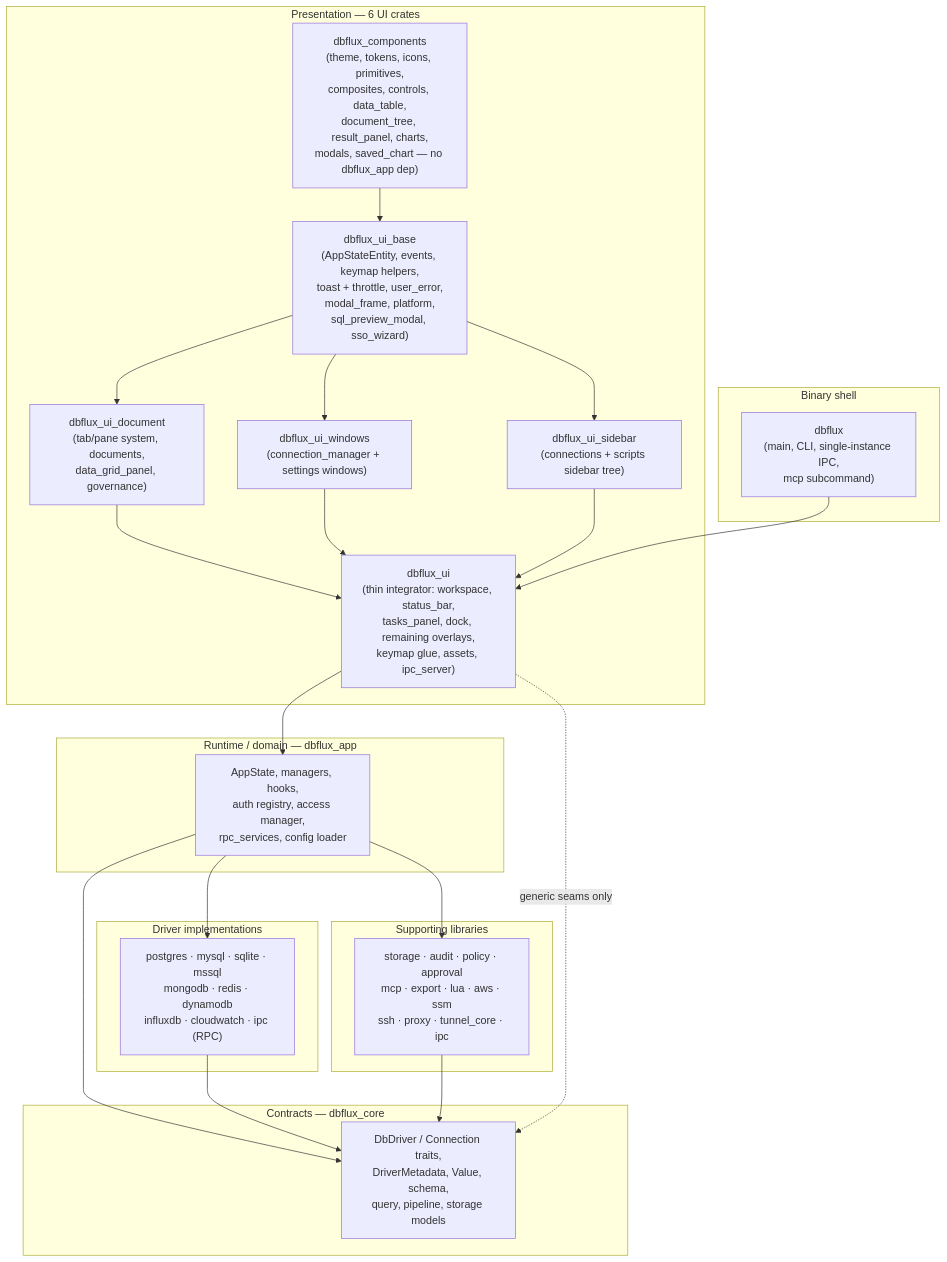
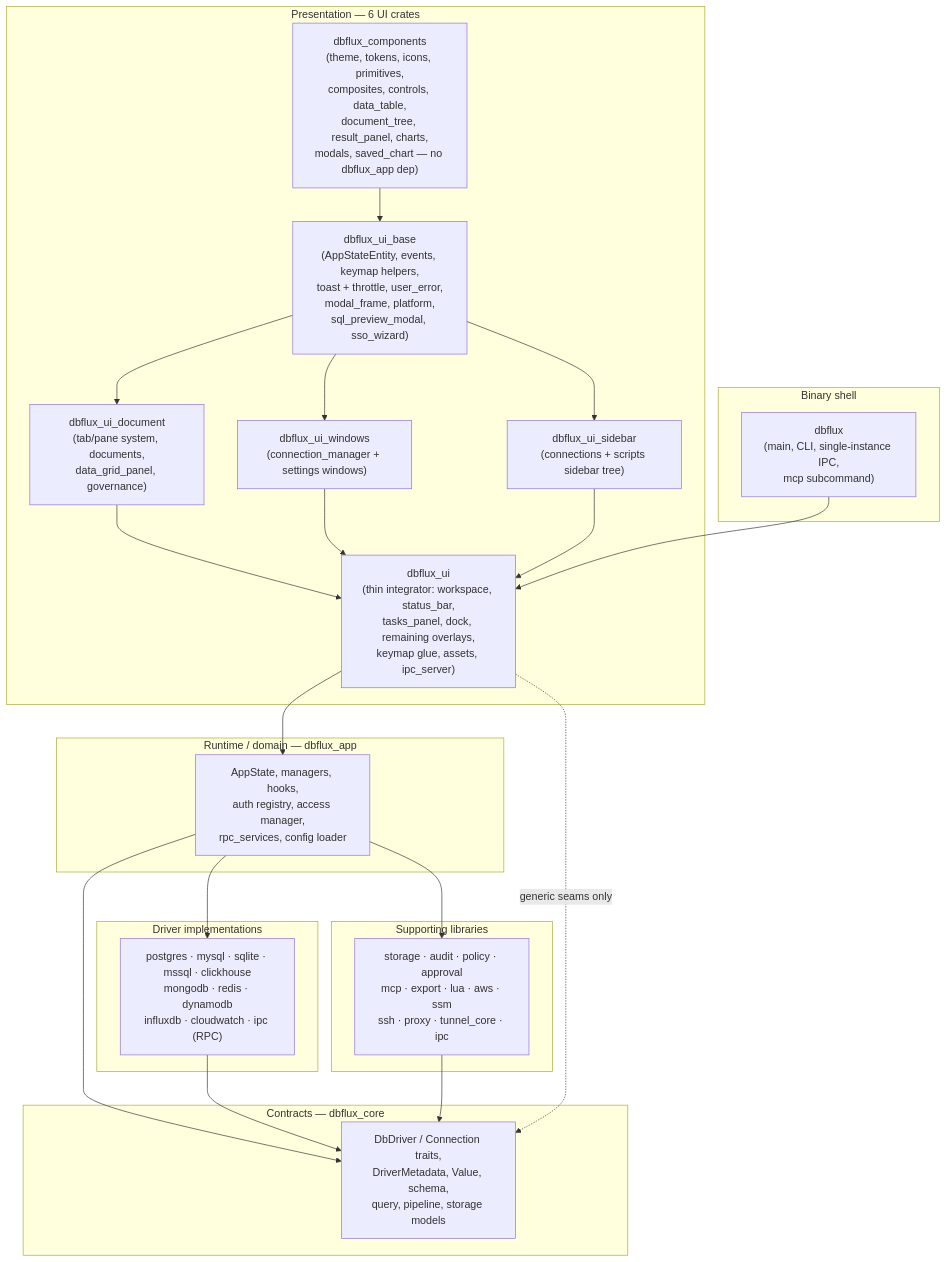
The first of 3 diagrams in ARCHITECTURE.md (0xErwin1/dbflux), drawn with Mermaid before and after one commit. The commit also changed other lines of this file and 40 other files, not shown here.

````diff
--- a/ARCHITECTURE.md
+++ b/ARCHITECTURE.md
@@ -20,39 +20,39 @@
 ```mermaid
 flowchart TB
     subgraph Shell["Binary shell"]
         bin["dbflux<br/>(main, CLI, single-instance IPC,<br/>mcp subcommand)"]
     end
 
     subgraph UI["Presentation — 6 UI crates"]
         uicomp["dbflux_components<br/>(theme, tokens, icons, primitives,<br/>composites, controls, data_table,<br/>document_tree, result_panel, charts,<br/>modals, saved_chart — no dbflux_app dep)"]
         uibase["dbflux_ui_base<br/>(AppStateEntity, events, keymap helpers,<br/>toast + throttle, user_error,<br/>modal_frame, platform,<br/>sql_preview_modal, sso_wizard)"]
         uidoc["dbflux_ui_document<br/>(tab/pane system, documents,<br/>data_grid_panel, governance)"]
         uisidebar["dbflux_ui_sidebar<br/>(connections + scripts sidebar tree)"]
         uiwindows["dbflux_ui_windows<br/>(connection_manager + settings windows)"]
         uithin["dbflux_ui<br/>(thin integrator: workspace, status_bar,<br/>tasks_panel, dock, remaining overlays,<br/>keymap glue, assets, ipc_server)"]
         uicomp --> uibase --> uidoc & uiwindows & uisidebar --> uithin
     end
 
     subgraph Runtime["Runtime / domain — dbflux_app"]
         app["AppState, managers, hooks,<br/>auth registry, access manager,<br/>rpc_services, config loader"]
     end
 
     subgraph Core["Contracts — dbflux_core"]
         core["DbDriver / Connection traits,<br/>DriverMetadata, Value, schema,<br/>query, pipeline, storage models"]
     end
 
     subgraph Drivers["Driver implementations"]
-        drv["postgres · mysql · sqlite · mssql<br/>mongodb · redis · dynamodb<br/>influxdb · cloudwatch · ipc (RPC)"]
+        drv["postgres · mysql · sqlite · mssql · clickhouse<br/>mongodb · redis · dynamodb<br/>influxdb · cloudwatch · ipc (RPC)"]
     end
 
     subgraph Support["Supporting libraries"]
         sup["storage · audit · policy · approval<br/>mcp · export · lua · aws · ssm<br/>ssh · proxy · tunnel_core · ipc"]
     end
 
     bin --> uithin --> app --> core
     drv --> core
     sup --> core
     app --> drv
     app --> sup
     uithin -. "generic seams only" .-> core
 ```
````
